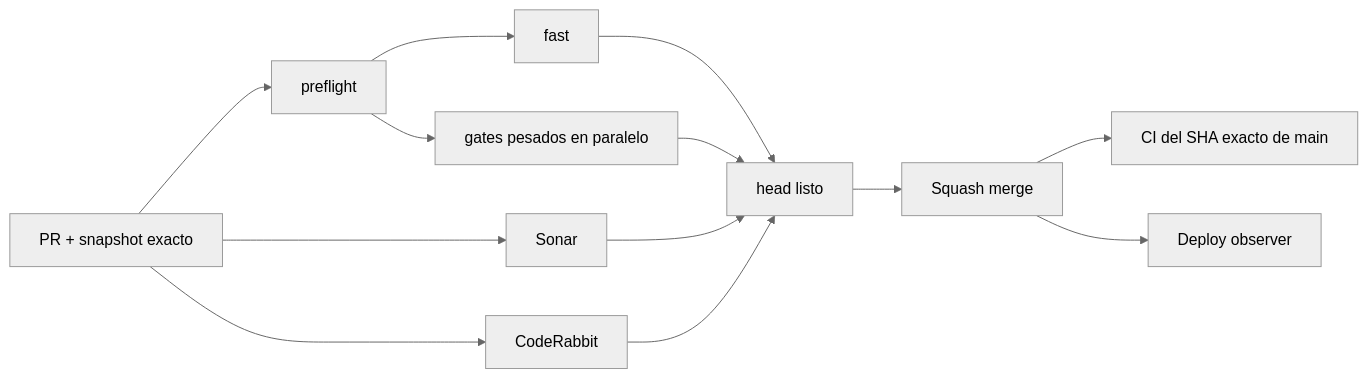
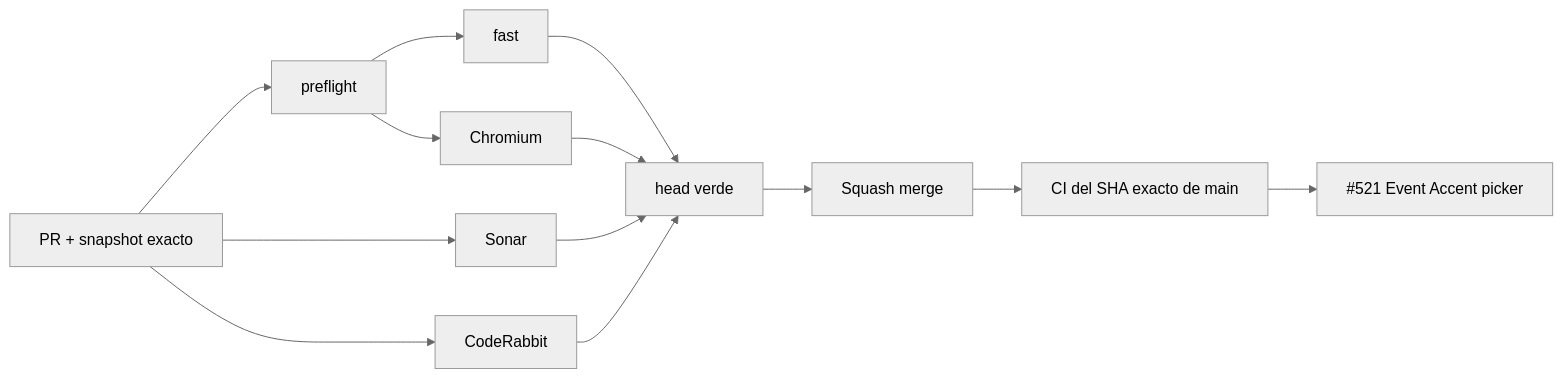
One commit to pl0n3r/brvtal changed the diagram in README.md. Above: the diagram before and after it, drawn with Mermaid (neutral theme). The commit also changed other lines of this file and 1 other file, not shown here.

````diff
--- a/README.md
+++ b/README.md
@@ -47,15 +44,15 @@
 ```mermaid
 flowchart LR
     A["PR + snapshot exacto"] --> P["preflight"]
     P --> F["fast"]
-    P --> H["gates pesados en paralelo"]
+    P --> C["Chromium"]
     A --> S["Sonar"]
-    A --> C["CodeRabbit"]
-    F --> G["head listo"]
-    H --> G
+    A --> R["CodeRabbit"]
+    F --> G["head verde"]
+    C --> G
     S --> G
-    C --> G
+    R --> G
     G --> M["Squash merge"]
     M --> X["CI del SHA exacto de main"]
-    M --> D["Deploy observer"]
+    X --> N["#521 Event Accent picker"]
 ```
````
